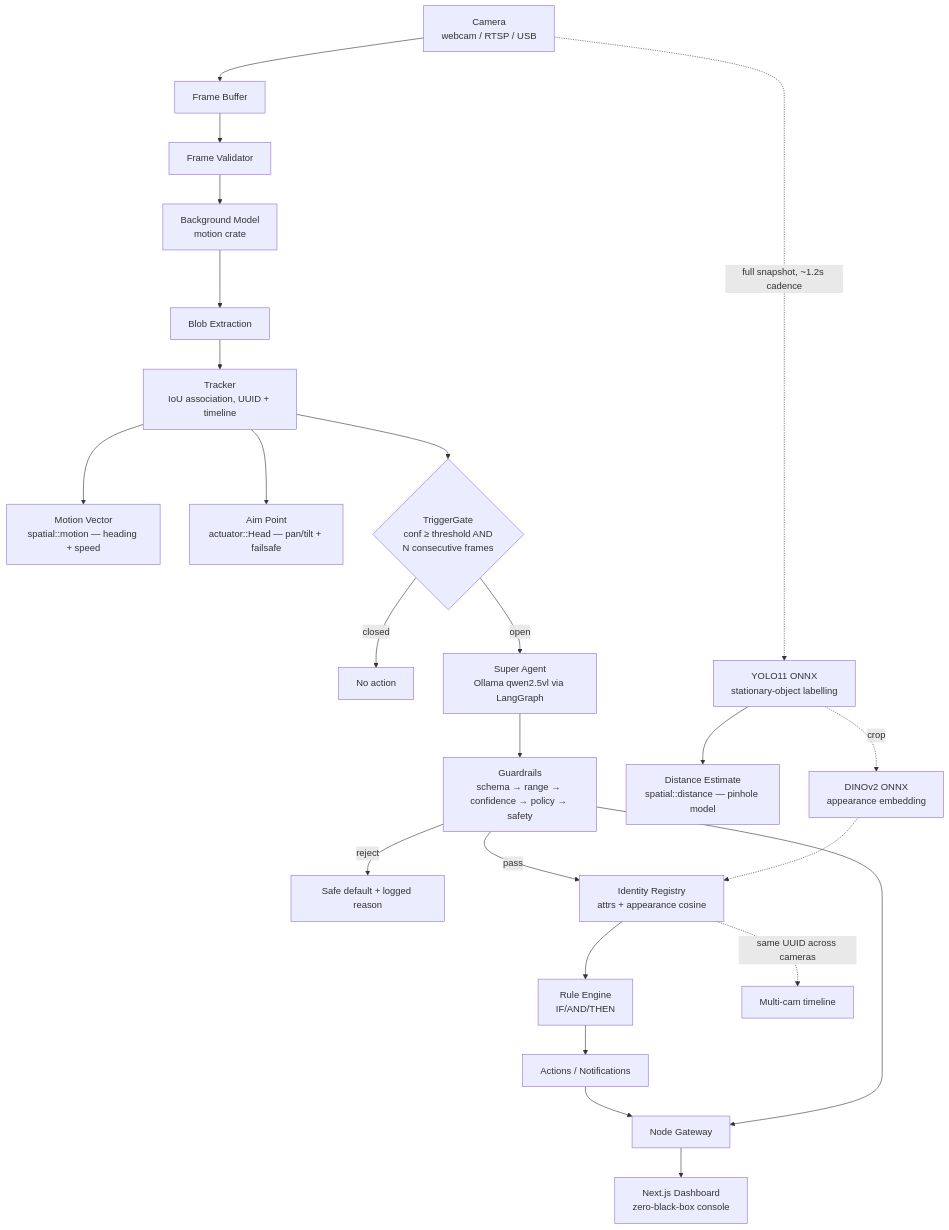
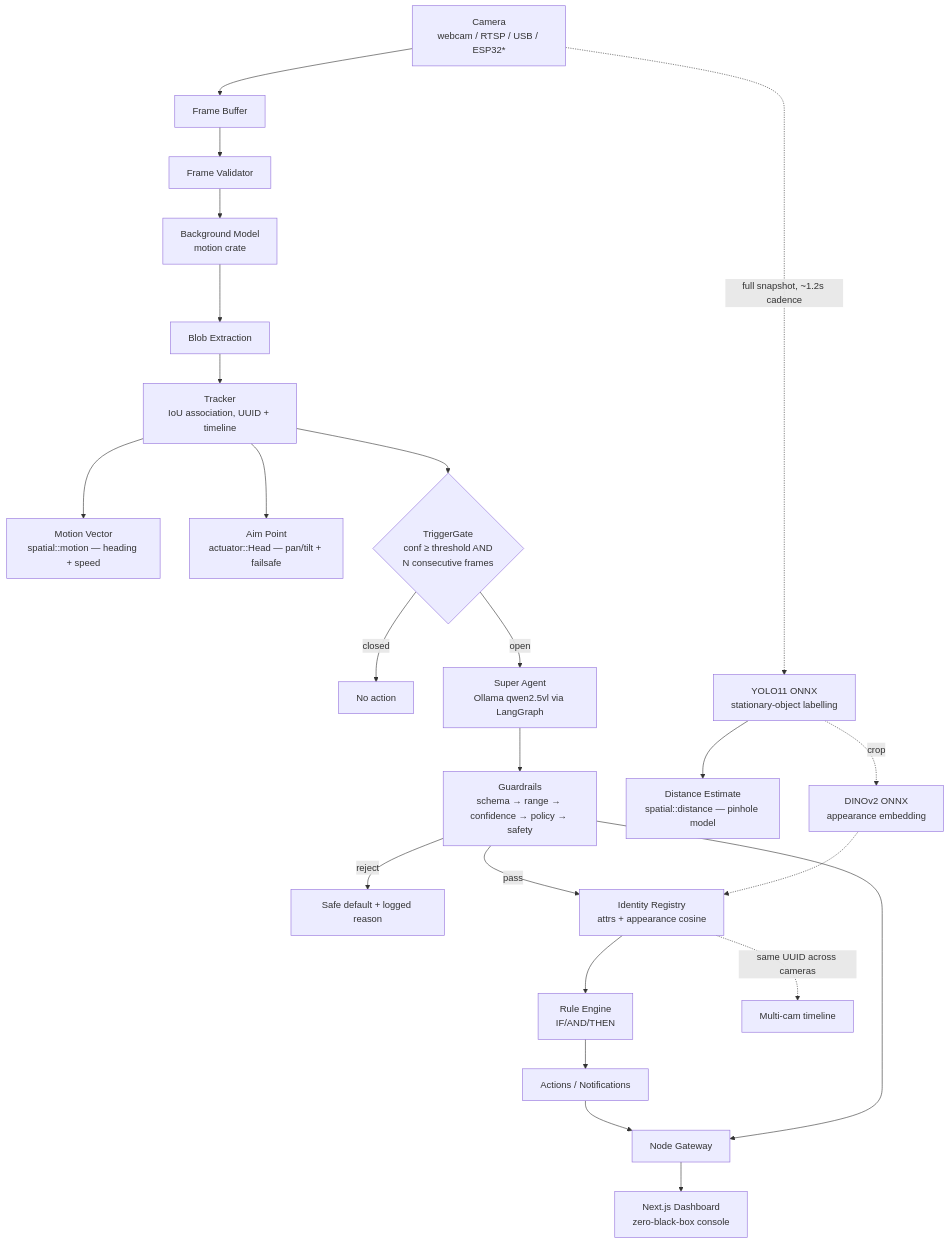
The first of 2 diagrams in docs/architecture/overview.md (GeekatplayStudio/WatchingEye), drawn with Mermaid before and after one commit. The commit also changed other lines of this file and 9 other files, not shown here.

````diff
--- a/docs/architecture/overview.md
+++ b/docs/architecture/overview.md
@@ -5,28 +5,28 @@
 ```mermaid
 flowchart TD
-    C[Camera<br/>webcam / RTSP / USB] --> FB[Frame Buffer]
+    C[Camera<br/>webcam / RTSP / USB / ESP32*] --> FB[Frame Buffer]
     FB --> FV[Frame Validator]
     FV --> BG[Background Model<br/>motion crate]
     BG --> BL[Blob Extraction]
     BL --> TR[Tracker<br/>IoU association, UUID + timeline]
     TR --> SP[Motion Vector<br/>spatial::motion — heading + speed]
     TR --> AIM[Aim Point<br/>actuator::Head — pan/tilt + failsafe]
     TR --> GATE{TriggerGate<br/>conf ≥ threshold AND<br/>N consecutive frames}
     GATE -- closed --> DONE[No action]
     GATE -- open --> VLM[Super Agent<br/>Ollama qwen2.5vl via LangGraph]
     VLM --> GR[Guardrails<br/>schema → range → confidence → policy → safety]
     GR -- reject --> SAFE[Safe default + logged reason]
     GR -- pass --> ID[Identity Registry<br/>attrs + appearance cosine]
     ID --> RE[Rule Engine<br/>IF/AND/THEN]
     RE --> ACT[Actions / Notifications]
 
     C -.->|full snapshot, ~1.2s cadence| YOLO[YOLO11 ONNX<br/>stationary-object labelling]
     YOLO --> DIST[Distance Estimate<br/>spatial::distance — pinhole model]
     YOLO -.->|crop| DINO[DINOv2 ONNX<br/>appearance embedding]
     DINO -.-> ID
     ID -.->|same UUID across cameras| MC[Multi-cam timeline]
 
     ACT --> GW[Node Gateway]
     GR --> GW
     GW --> UI[Next.js Dashboard<br/>zero-black-box console]
 ```
````
